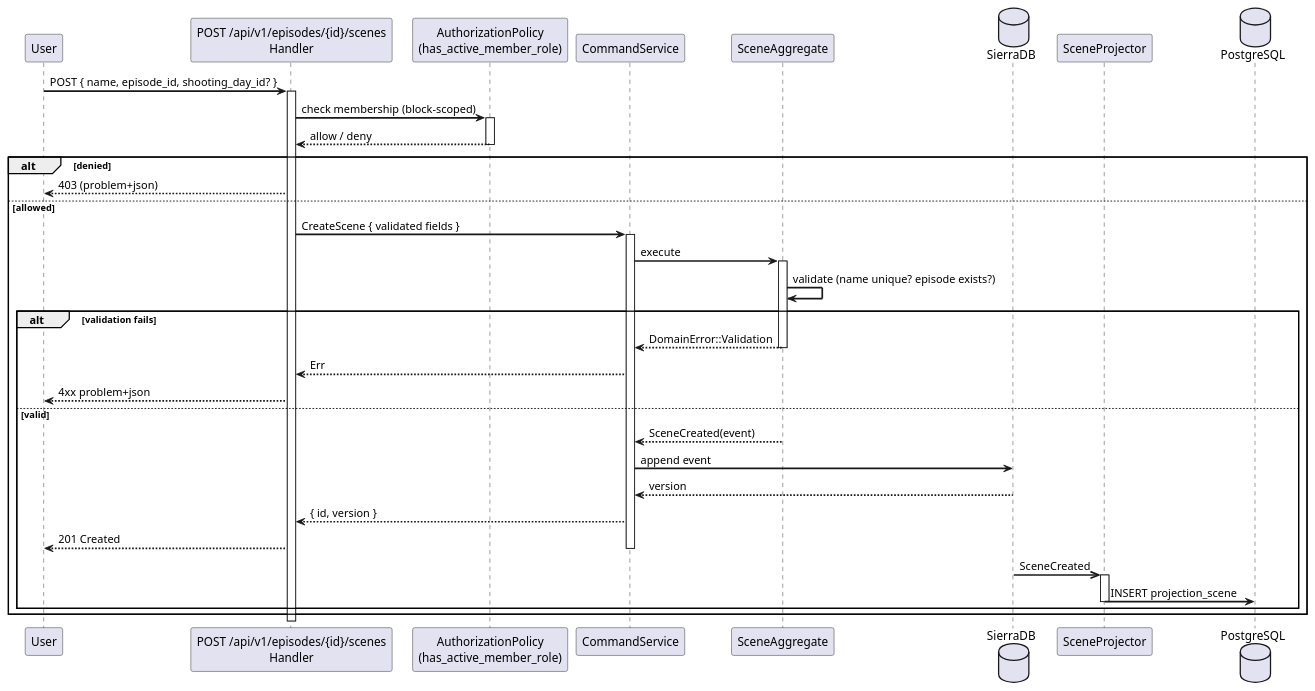
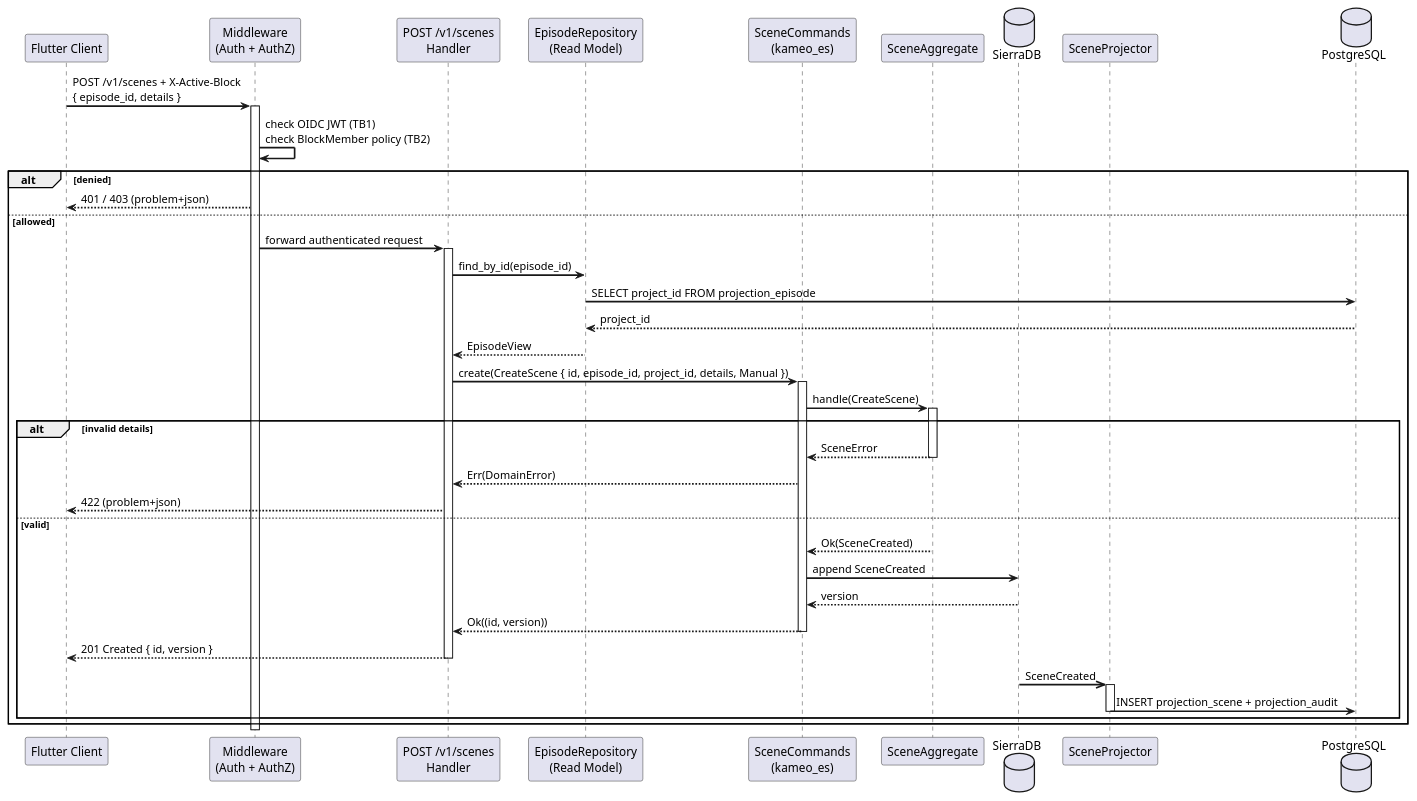
The diagram in backend/docs/architecture/diagrams/create-scene-sequence.puml (tradem/breakdown-rs), drawn with PlantUML before and after one commit. The commit also changed 26 other files, not shown here.

First line of the commit message:
docs(arc42): update monorepo architecture docs and adopt ASD-STE100

```diff
--- a/backend/docs/architecture/diagrams/create-scene-sequence.puml
+++ b/backend/docs/architecture/diagrams/create-scene-sequence.puml
@@ -1,53 +1,59 @@
 @startuml create-scene-sequence
 ' SPDX-License-Identifier: AGPL-3.0
 ' Copyright (C) 2024-2026 Breakdown RS Contributors
 ' Co-authored-by: kimi-k3 (neuralwatt)
+' Co-authored-by: gemini-4-carbon (google)
 '
-' Runtime view: POST scene command with authz gate.
+' Runtime view: POST /v1/scenes with middleware authorization and audit context.
 
 skinparam shadowing false
 skinparam sequenceArrowThickness 2
 
-participant "User" as user
-participant "POST /api/v1/episodes/{id}/scenes\nHandler" as api
-participant "AuthorizationPolicy\n(has_active_member_role)" as authz
-participant "CommandService" as svc
+participant "Flutter Client" as client
+participant "Middleware\n(Auth + AuthZ)" as mw
+participant "POST /v1/scenes\nHandler" as api
+participant "EpisodeRepository\n(Read Model)" as repo
+participant "SceneCommands\n(kameo_es)" as svc
 participant "SceneAggregate" as agg
 database "SierraDB" as es
 participant "SceneProjector" as proj
 database "PostgreSQL" as db
 
-user -> api : POST { name, episode_id, shooting_day_id? }
-activate api
-api -> authz : check membership (block-scoped)
-activate authz
-authz --> api : allow / deny
-deactivate authz
+client -> mw : POST /v1/scenes + X-Active-Block\n{ episode_id, details }
+activate mw
+mw -> mw : check OIDC JWT (TB1)\ncheck BlockMember policy (TB2)
 alt denied
-  api --> user : 403 (problem+json)
+  mw --> client : 401 / 403 (problem+json)
 else allowed
-  api -> svc : CreateScene { validated fields }
+  mw -> api : forward authenticated request
+  activate api
+  api -> repo : find_by_id(episode_id)
+  repo -> db : SELECT project_id FROM projection_episode
+  db --> repo : project_id
+  repo --> api : EpisodeView
+  api -> svc : create(CreateScene { id, episode_id, project_id, details, Manual })
   activate svc
-  svc -> agg : execute
+  svc -> agg : handle(CreateScene)
   activate agg
-  agg -> agg : validate (name unique? episode exists?)
-  alt validation fails
-    agg --> svc : DomainError::Validation
+  alt invalid details
+    agg --> svc : SceneError
     deactivate agg
-    svc --> api : Err
-    api --> user : 4xx problem+json
+    svc --> api : Err(DomainError)
+    api --> client : 422 (problem+json)
   else valid
-    agg --> svc : SceneCreated(event)
+    agg --> svc : Ok(SceneCreated)
     deactivate agg
-    svc -> es : append event
+    svc -> es : append SceneCreated
     es --> svc : version
-    svc --> api : { id, version }
-    api --> user : 201 Created
+    svc --> api : Ok((id, version))
     deactivate svc
+    api --> client : 201 Created { id, version }
+    deactivate api
     es ->> proj : SceneCreated
     activate proj
-    proj -> db : INSERT projection_scene
+    proj -> db : INSERT projection_scene + projection_audit
     deactivate proj
   end
 end
+deactivate mw
 @enduml
```
